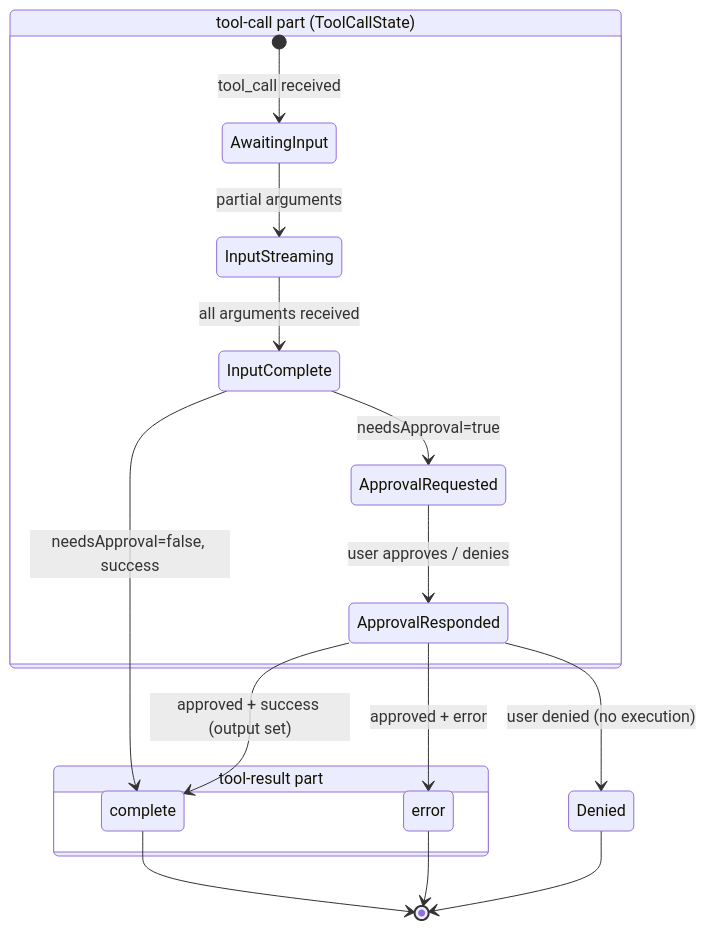
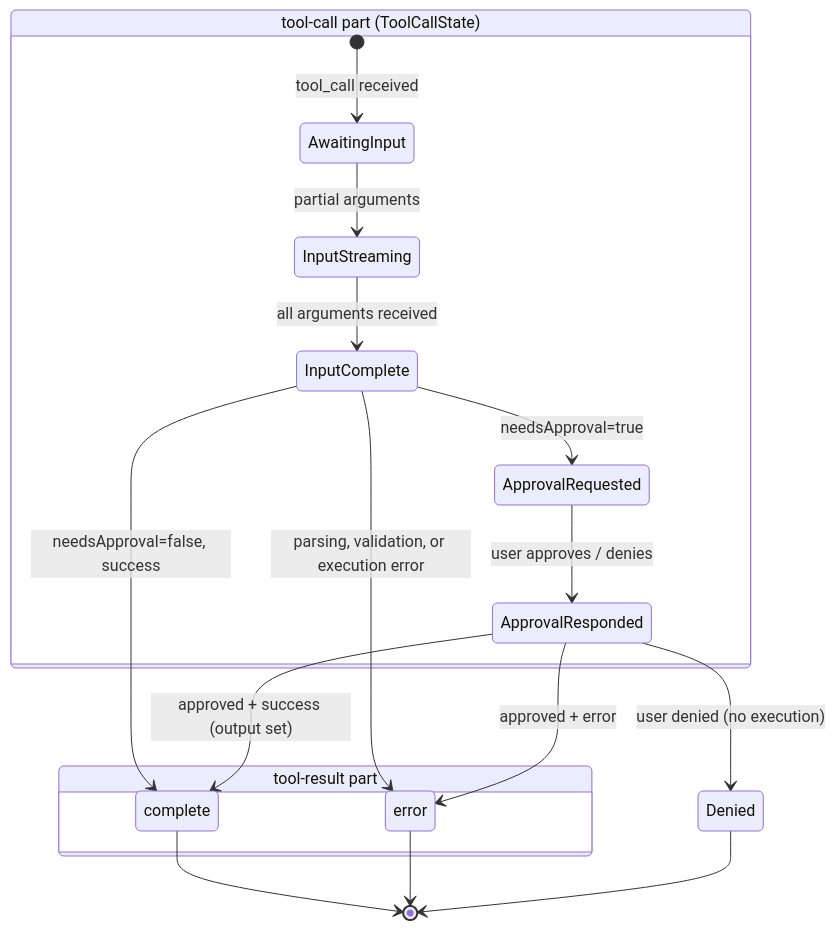
One commit to TanStack/ai changed the second of 4 diagrams in docs/tools/tool-architecture.md. Above: the diagram before and after it, drawn with Mermaid. The commit also changed other lines of this file and 8 other files, not shown here.

````diff
--- a/docs/tools/tool-architecture.md
+++ b/docs/tools/tool-architecture.md
@@ -141,21 +141,22 @@
 ```mermaid
 stateDiagram-v2
     state "tool-call part (ToolCallState)" as Call {
         [*] --> AwaitingInput: tool_call received
         AwaitingInput --> InputStreaming: partial arguments
         InputStreaming --> InputComplete: all arguments received
         InputComplete --> ApprovalRequested: needsApproval=true
         ApprovalRequested --> ApprovalResponded: user approves / denies
     }
     InputComplete --> ResultComplete: needsApproval=false, success
+    InputComplete --> ResultError: parsing, validation, or execution error
     ApprovalResponded --> ResultComplete: approved + success (output set)
     ApprovalResponded --> ResultError: approved + error
     ApprovalResponded --> Denied: user denied (no execution)
     state "tool-result part" as Results {
         ResultComplete: complete
         ResultError: error
     }
     ResultComplete --> [*]
     ResultError --> [*]
     Denied --> [*]
 ```
````
